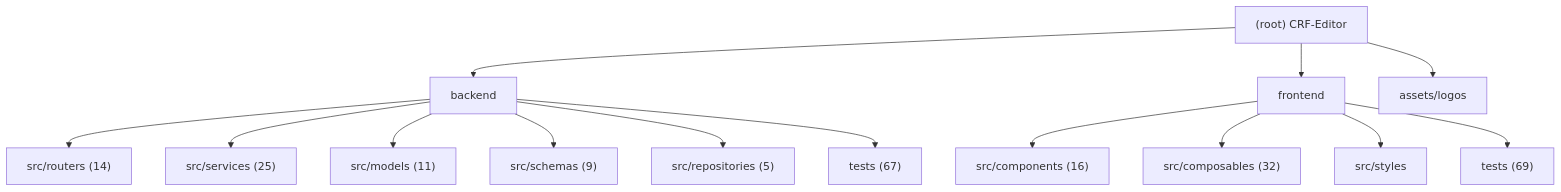
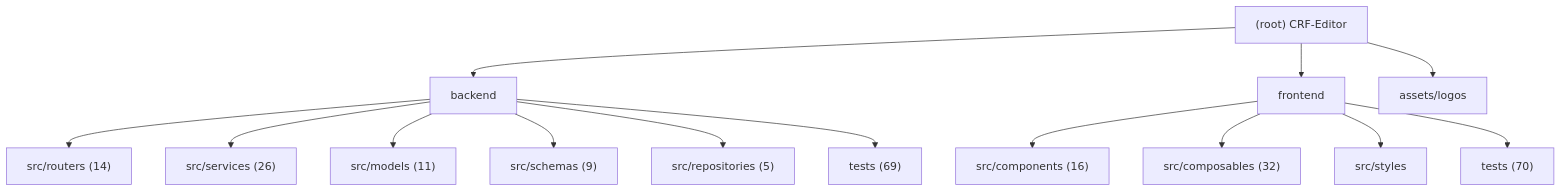
One commit to decade6666/CRF-Editor changed the diagram in .claude/CLAUDE.md. Above: the diagram before and after it, drawn with Mermaid. The commit also changed other lines of this file and 6 other files, not shown here.

````diff
--- a/.claude/CLAUDE.md
+++ b/.claude/CLAUDE.md
@@ -15,19 +15,19 @@
 ```mermaid
 graph TD
     A["(root) CRF-Editor"] --> B["backend"];
     B --> B1["src/routers (14)"];
-    B --> B2["src/services (25)"];
+    B --> B2["src/services (26)"];
     B --> B3["src/models (11)"];
     B --> B4["src/schemas (9)"];
     B --> B5["src/repositories (5)"];
-    B --> B6["tests (67)"];
+    B --> B6["tests (69)"];
     A --> C["frontend"];
     C --> C1["src/components (16)"];
     C --> C2["src/composables (32)"];
     C --> C3["src/styles"];
-    C --> C4["tests (69)"];
+    C --> C4["tests (70)"];
     A --> D["assets/logos"];
 
     click B "./backend/.claude/CLAUDE.md" "View backend module docs"
     click C "./frontend/.claude/CLAUDE.md" "View frontend module docs"
 ```
````
